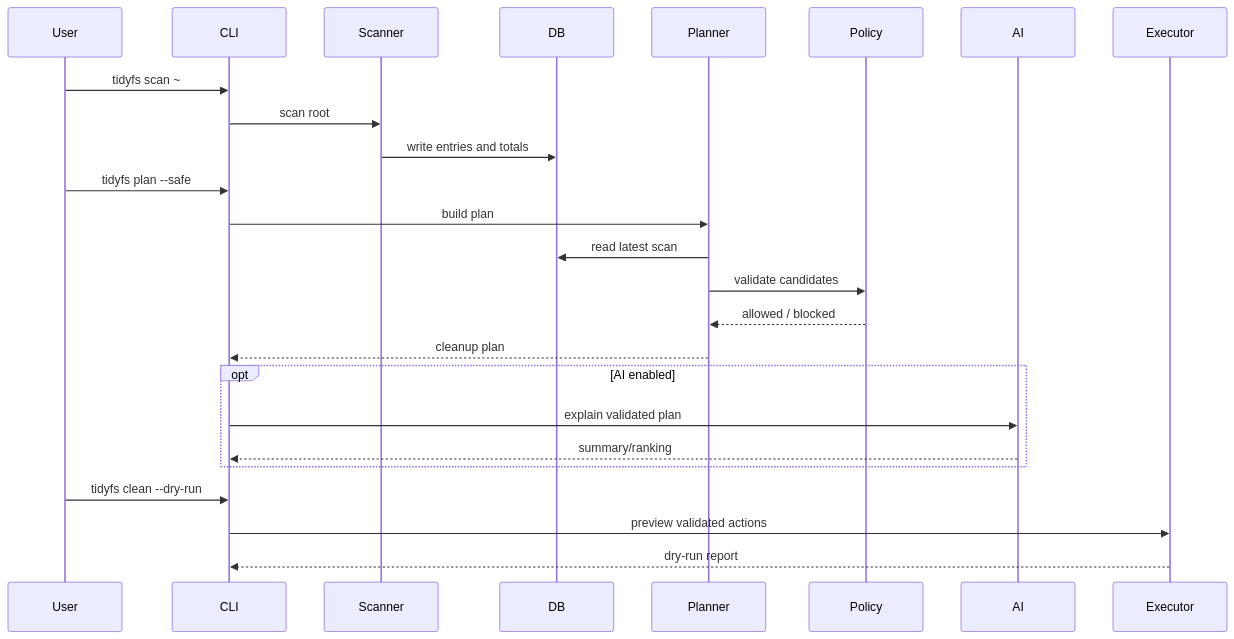
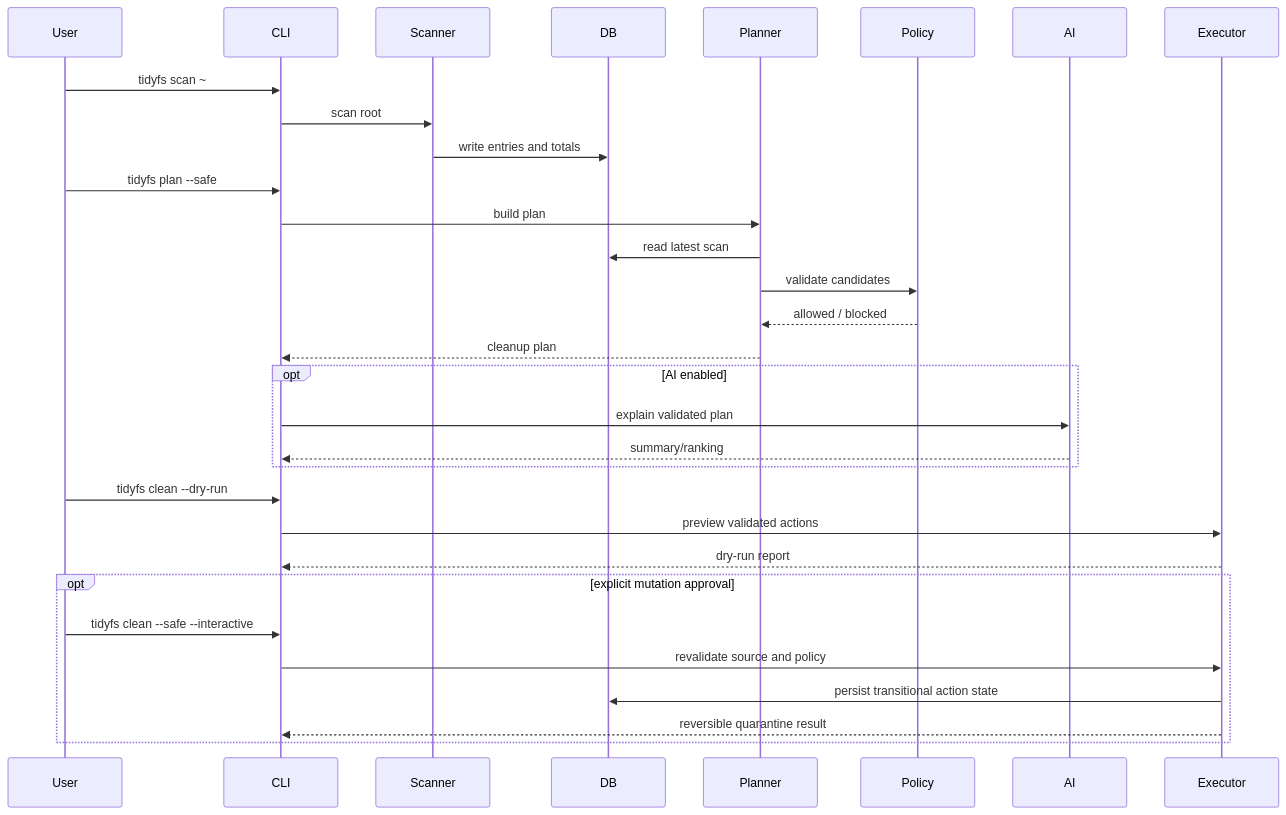
One commit to ryjen/tidyfs changed the second of 2 diagrams in docs/architecture.md. Above: the diagram before and after it, drawn with Mermaid. The commit also changed other lines of this file, not shown here.

Commit message:
docs: align architecture with reversible cleanup and read-only adapters (#94)

````diff
--- a/docs/architecture.md
+++ b/docs/architecture.md
@@ -213,31 +211,38 @@
 ```mermaid
 sequenceDiagram
     participant User
     participant CLI
     participant Scanner
     participant DB
     participant Planner
     participant Policy
     participant AI
     participant Executor
 
     User->>CLI: tidyfs scan ~
     CLI->>Scanner: scan root
     Scanner->>DB: write entries and totals
 
     User->>CLI: tidyfs plan --safe
     CLI->>Planner: build plan
     Planner->>DB: read latest scan
     Planner->>Policy: validate candidates
     Policy-->>Planner: allowed / blocked
     Planner-->>CLI: cleanup plan
 
     opt AI enabled
       CLI->>AI: explain validated plan
       AI-->>CLI: summary/ranking
     end
 
     User->>CLI: tidyfs clean --dry-run
     CLI->>Executor: preview validated actions
     Executor-->>CLI: dry-run report
+
+    opt explicit mutation approval
+      User->>CLI: tidyfs clean --safe --interactive
+      CLI->>Executor: revalidate source and policy
+      Executor->>DB: persist transitional action state
+      Executor-->>CLI: reversible quarantine result
+    end
 ```
````
